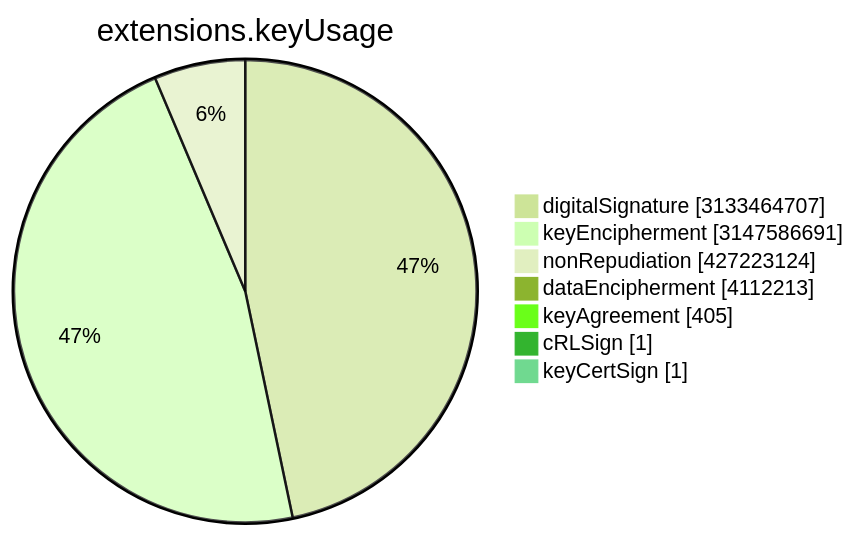
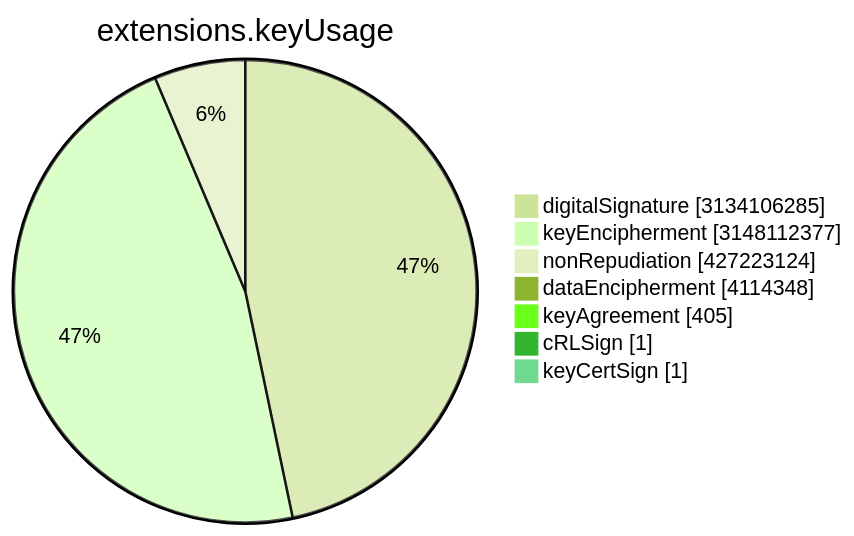
The sixth of 15 diagrams in TOTAL/README.md (christiankrug/ctmonitor_visualization), drawn with Mermaid (forest theme) before and after one commit. The commit also changed other lines of this file, not shown here.

````diff
--- a/TOTAL/README.md
+++ b/TOTAL/README.md
@@ -3077,11 +3077,11 @@
 ```mermaid
 pie showData
 title extensions.keyUsage
-"digitalSignature" :3133464707
-"keyEncipherment" :3147586691
+"digitalSignature" :3134106285
+"keyEncipherment" :3148112377
 "nonRepudiation" :427223124
-"dataEncipherment" :4112213
+"dataEncipherment" :4114348
 "keyAgreement" :405
 "cRLSign" :1
 "keyCertSign" :1
 ```
````
